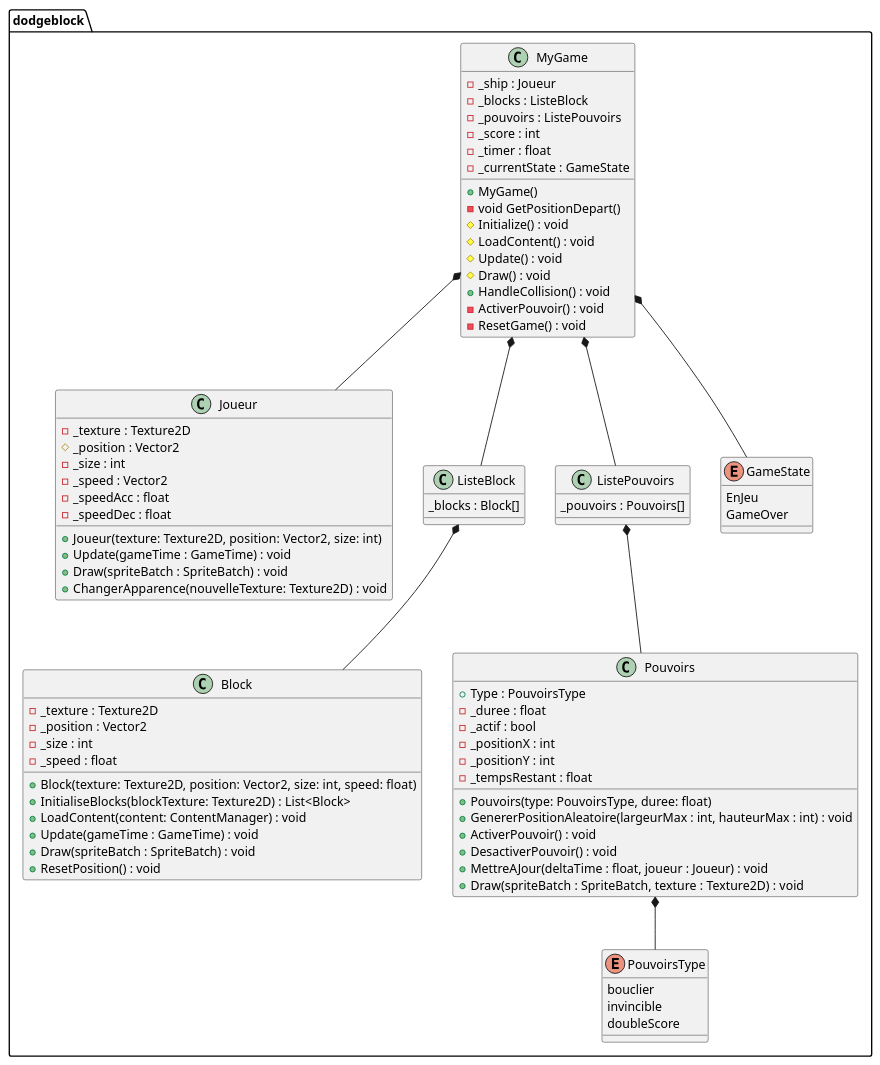
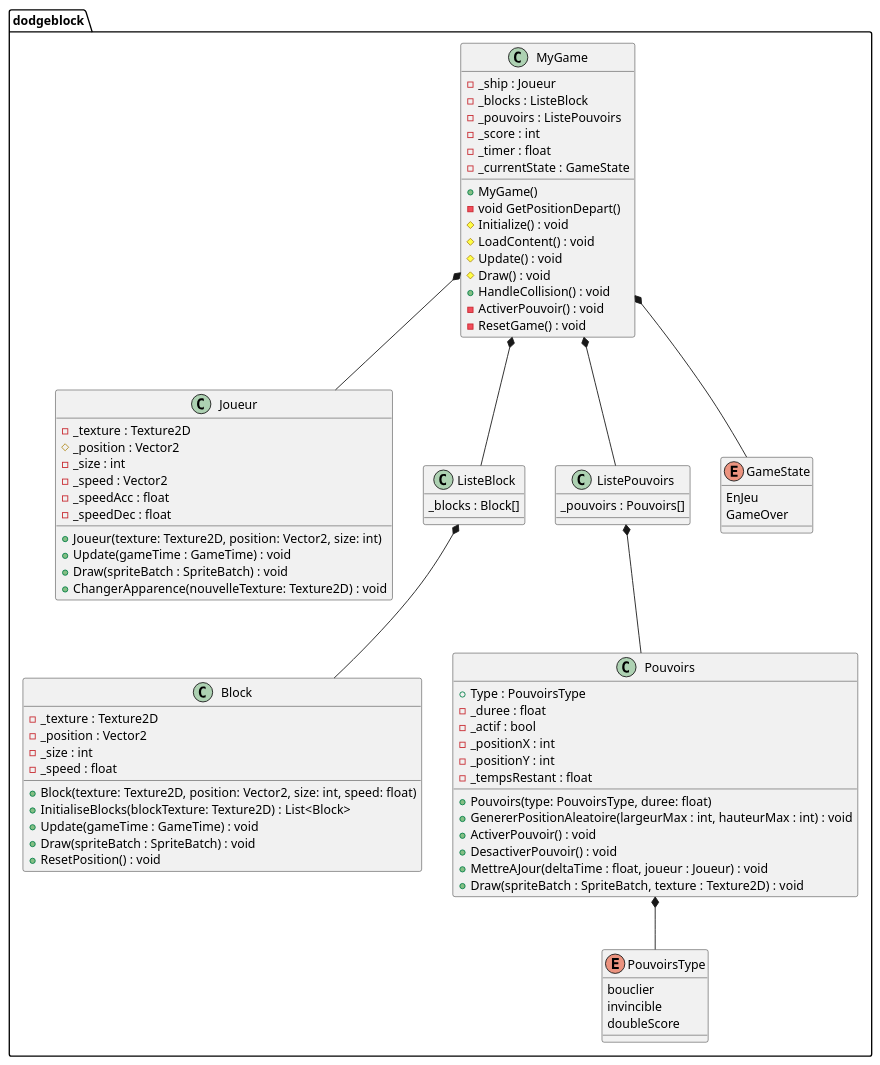
Before and after one commit to AlexisThach/DodgeBlock: the diagram in data/plantUML/plantuml.md, drawn with PlantUML. The commit also changed 5 other files, not shown here.

```diff
--- a/data/plantUML/plantuml.md
+++ b/data/plantUML/plantuml.md
@@ -43,7 +43,6 @@
     -_speed : float
     +Block(texture: Texture2D, position: Vector2, size: int, speed: float)
     +InitialiseBlocks(blockTexture: Texture2D) : List<Block>
-    +LoadContent(content: ContentManager) : void
     +Update(gameTime : GameTime) : void
     +Draw(spriteBatch : SpriteBatch) : void 
     +ResetPosition() : void 
```
